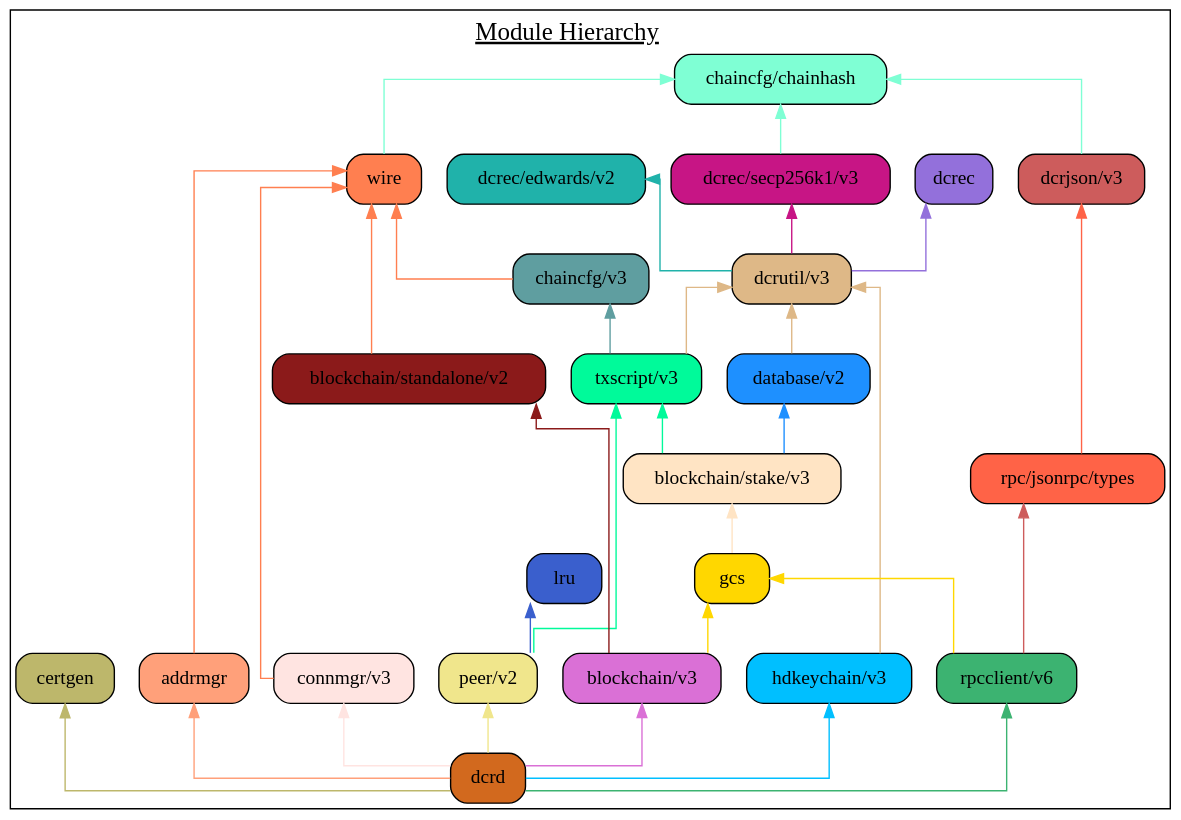
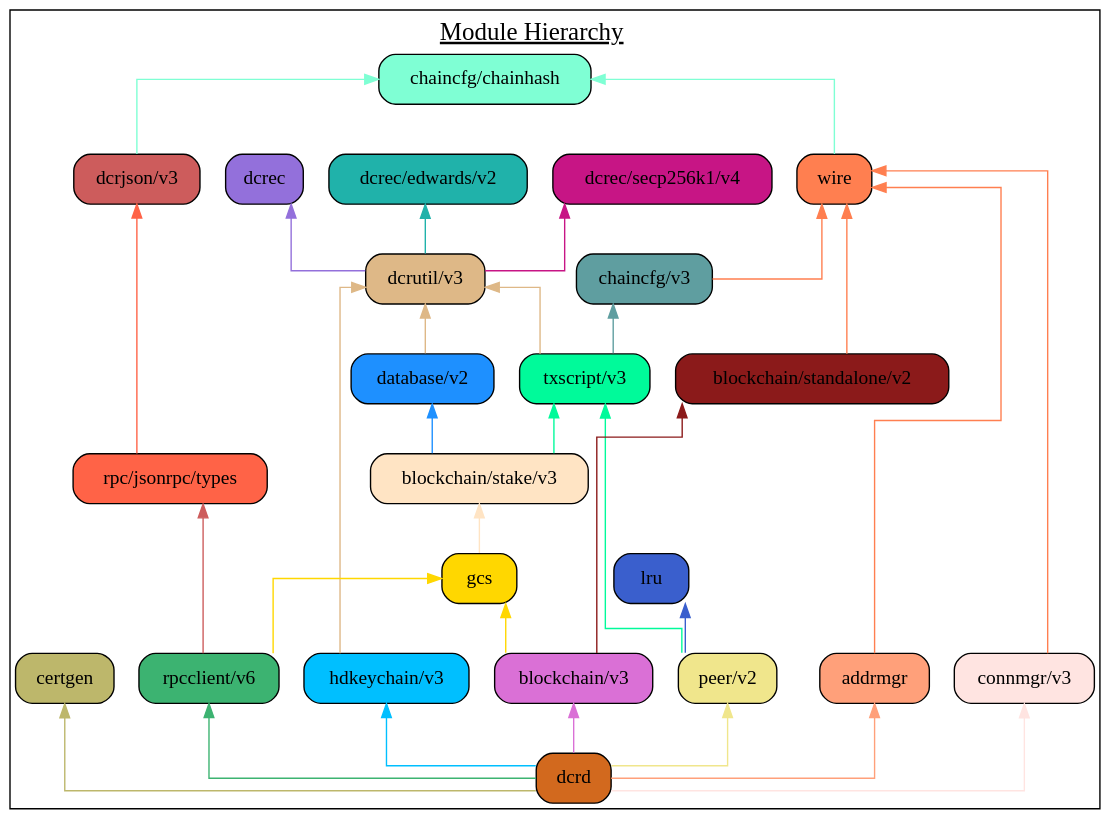
One commit to decred/dcrd changed the diagram in docs/assets/module_hierarchy.gv. Above: the diagram before and after it, drawn with Graphviz. The commit also changed 5 other files, not shown here.

```diff
--- a/docs/assets/module_hierarchy.gv
+++ b/docs/assets/module_hierarchy.gv
@@ -1,65 +1,64 @@
 digraph {
 	graph [splines=ortho colorscheme=svg label=<<u>Module Hierarchy</u>> labelloc=t fontsize=18.0]
 	node [shape=box style="filled, rounded"]
 
 	certgen [label="certgen" fillcolor=darkkhaki]
 	chainhash [label="chaincfg/chainhash" fillcolor=aquamarine]
 	dcrjson [label="dcrjson/v3" fillcolor=indianred]
 	types [label="rpc/jsonrpc/types" fillcolor=tomato]
 	wire [label="wire" fillcolor=coral]
 	addrmgr [label="addrmgr" fillcolor=lightsalmon]
 	chaincfg [label="chaincfg/v3" fillcolor=cadetblue]
 	connmgr [label="connmgr/v3" fillcolor=mistyrose]
 	dcrec [label="dcrec" fillcolor=mediumpurple]
 	edwards [label="dcrec/edwards/v2" fillcolor=lightseagreen]
-	secp256k1 [label="dcrec/secp256k1/v3" fillcolor=mediumvioletred]
+	secp256k1 [label="dcrec/secp256k1/v4" fillcolor=mediumvioletred]
 	dcrutil [label="dcrutil/v3" fillcolor=burlywood]
 	database [label="database/v2" fillcolor=dodgerblue]
 	hdkeychain [label="hdkeychain/v3" fillcolor=deepskyblue]
 	txscript [label="txscript/v3" fillcolor=mediumspringgreen]
 	stake [label="blockchain/stake/v3" fillcolor=bisque]
 	standalone [label="blockchain/standalone/v2" fillcolor=firebrick4]
 	gcs [label="gcs" fillcolor=gold]
 	blockchain [label="blockchain/v3" fillcolor=orchid]
 	lru  [label="lru" fillcolor=royalblue3]
 	peer [label="peer/v2" fillcolor=khaki]
 	rpcclient [label="rpcclient/v6" fillcolor=mediumseagreen]
 	dcrd [label="dcrd" fillcolor=chocolate]
 
 	{rank=same connmgr addrmgr hdkeychain peer blockchain rpcclient}
 
 	certgen
 	chaincfg -> txscript [dir=back color=cadetblue]
 	chainhash -> dcrjson [dir=back color=aquamarine]
 	chainhash -> wire [dir=back color=aquamarine]
 	wire -> addrmgr [dir=back color=coral]
 	wire -> chaincfg [dir=back color=coral]
 	wire -> connmgr [dir=back color=coral]
 	wire -> standalone [dir=back color=coral]
-	chainhash -> secp256k1 [dir=back color=aquamarine]
 	dcrec -> dcrutil [dir=back color=mediumpurple]
 	edwards ->  dcrutil [dir=back color=lightseagreen]
 	secp256k1 ->  dcrutil [dir=back color=mediumvioletred]
 	dcrutil -> database [dir=back color=burlywood]
 	dcrutil -> hdkeychain [dir=back color=burlywood]
 	dcrutil -> txscript [dir=back color=burlywood]
 	database ->  stake [dir=back color=dodgerblue]
 	txscript -> stake [dir=back color=mediumspringgreen]
 	txscript -> peer [dir=back color=mediumspringgreen]
 	stake -> gcs [dir=back color=bisque]
 	standalone -> blockchain [dir=back color=firebrick4]
 	gcs -> blockchain [dir=back color=gold]
 	gcs -> rpcclient [dir=back color=gold]
 
 	lru -> peer [dir=back color=royalblue3]
 	dcrjson -> types [dir=back color=tomato]
 	types -> rpcclient [dir=back color=indianred]
 
 	blockchain -> dcrd [dir=back color=orchid]
 	certgen -> dcrd [dir=back color=darkkhaki]
 	addrmgr -> dcrd [dir=back color=lightsalmon]
 	hdkeychain -> dcrd [dir=back color=deepskyblue]
 	connmgr -> dcrd [dir=back color=mistyrose]
 	rpcclient -> dcrd [dir=back color=mediumseagreen]
 	peer -> dcrd [dir=back color=khaki]
 }
```
